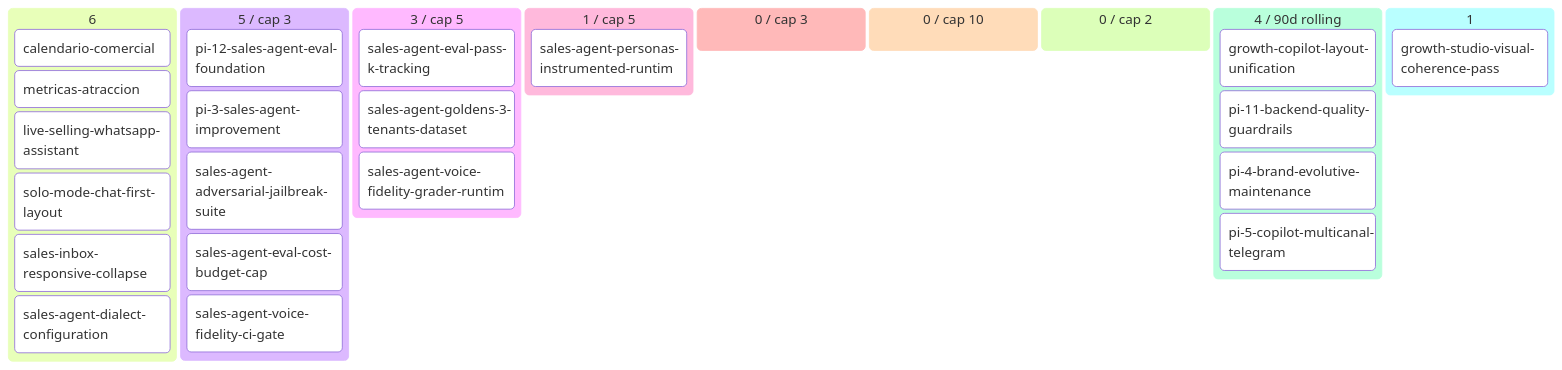
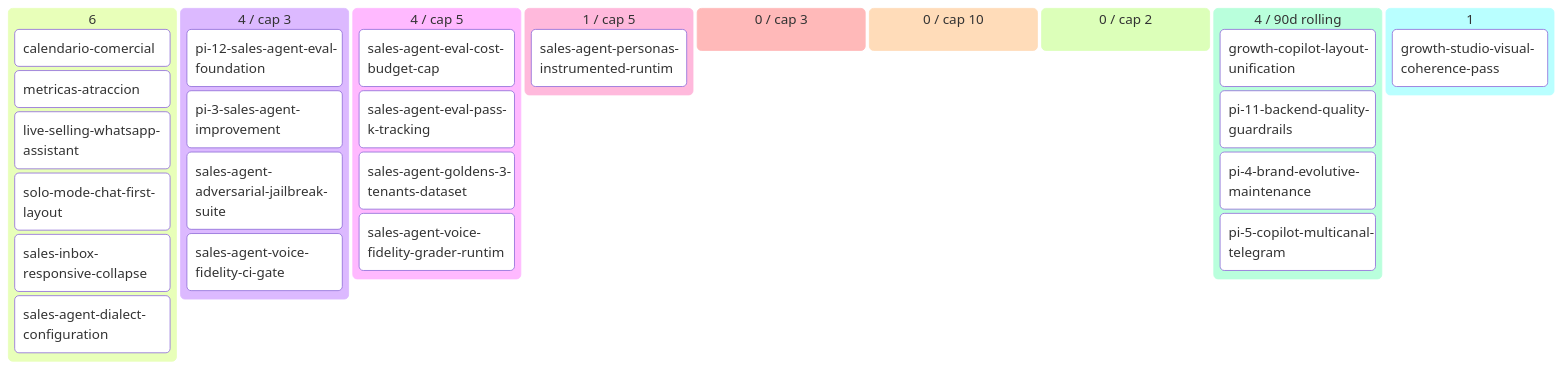
The diagram in docs/product/BACKLOG.md (alpacapurpura/ap_sales_agent), drawn with Mermaid before and after one commit. The commit also changed other lines of this file and 6 other files, not shown here.

````diff
--- a/docs/product/BACKLOG.md
+++ b/docs/product/BACKLOG.md
@@ -56,32 +56,32 @@
 ```mermaid
 kanban
   💡 Ideas (6)
     calendario-comercial[calendario-comercial]
     metricas-atraccion[metricas-atraccion]
     live-selling-whatsapp-assistan[live-selling-whatsapp-assistant]
     solo-mode-chat-first-layout[solo-mode-chat-first-layout]
     sales-inbox-responsive-collaps[sales-inbox-responsive-collapse]
     sales-agent-dialect-configurat[sales-agent-dialect-configuration]
-  🔬 Refining (5 / cap 3)
+  🔬 Refining (4 / cap 3)
     pi-12-sales-agent-eval-foundat[pi-12-sales-agent-eval-foundation]
     pi-3-sales-agent-improvement[pi-3-sales-agent-improvement]
     sales-agent-adversarial-jailbr[sales-agent-adversarial-jailbreak-suite]
+    sales-agent-voice-fidelity-ci-[sales-agent-voice-fidelity-ci-gate]
+  ✅ Refined (4 / cap 5)
     sales-agent-eval-cost-budget-c[sales-agent-eval-cost-budget-cap]
-    sales-agent-voice-fidelity-ci-[sales-agent-voice-fidelity-ci-gate]
-  ✅ Refined (3 / cap 5)
     sales-agent-eval-pass-k-tracki[sales-agent-eval-pass-k-tracking]
     sales-agent-goldens-3-tenants-[sales-agent-goldens-3-tenants-dataset]
     sales-agent-voice-fidelity-gra[sales-agent-voice-fidelity-grader-runtim]
   📦 Ready (1 / cap 5)
     sales-agent-personas-instrumen[sales-agent-personas-instrumented-runtim]
   🔨 Developing (0 / cap 3)
   🧪 Developed (0 / cap 10)
   🔍 Reviewing (0 / cap 2)
   ✅ Done (4 / 90d rolling)
     growth-copilot-layout-unificat[growth-copilot-layout-unification]
     pi-11-backend-quality-guardrai[pi-11-backend-quality-guardrails]
     pi-4-brand-evolutive-maintenan[pi-4-brand-evolutive-maintenance]
     pi-5-copilot-multicanal-telegr[pi-5-copilot-multicanal-telegram]
   🅿 Parked (1)
     growth-studio-visual-coherence[growth-studio-visual-coherence-pass]
 ```
````
